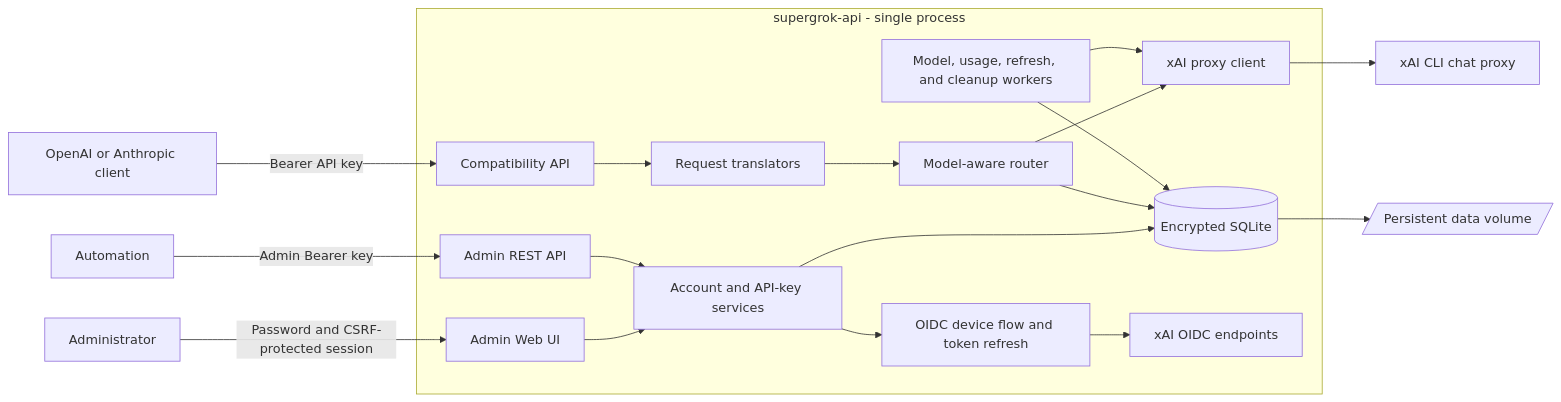
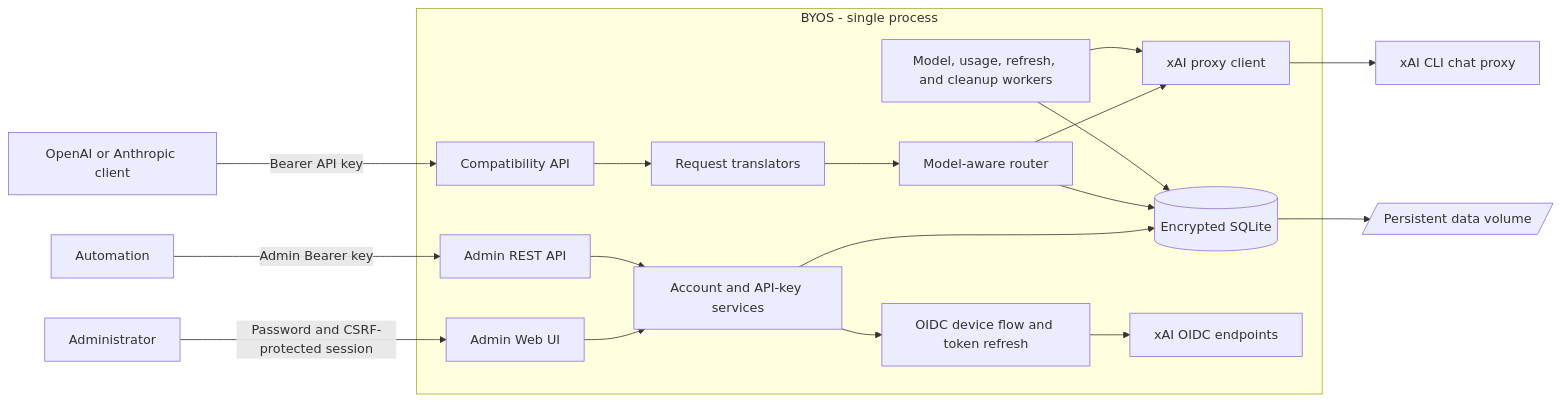
Before and after one commit to Recursive-Self-Improving/byos: the diagram in README.md, drawn with Mermaid. The commit also changed other lines of this file and 106 other files, not shown here.

````diff
--- a/README.md
+++ b/README.md
@@ -21,23 +21,23 @@
 ```mermaid
 flowchart LR
     C[OpenAI or Anthropic client] -->|Bearer API key| API[Compatibility API]
     A[Administrator] -->|Password and CSRF-protected session| UI[Admin Web UI]
     M[Automation] -->|Admin Bearer key| ADMIN[Admin REST API]
 
-    subgraph S[supergrok-api - single process]
+    subgraph S[BYOS - single process]
         API --> T[Request translators]
         UI --> AS[Account and API-key services]
         ADMIN --> AS
         T --> R[Model-aware router]
         R --> P[xAI proxy client]
         AS --> O[OIDC device flow and token refresh]
         AS --> DB[(Encrypted SQLite)]
         R --> DB
         W[Model, usage, refresh, and cleanup workers] --> DB
         W --> P
         O --> XID[xAI OIDC endpoints]
     end
 
     P --> XAI[xAI CLI chat proxy]
     DB --> V[/Persistent data volume/]
 ```
````
